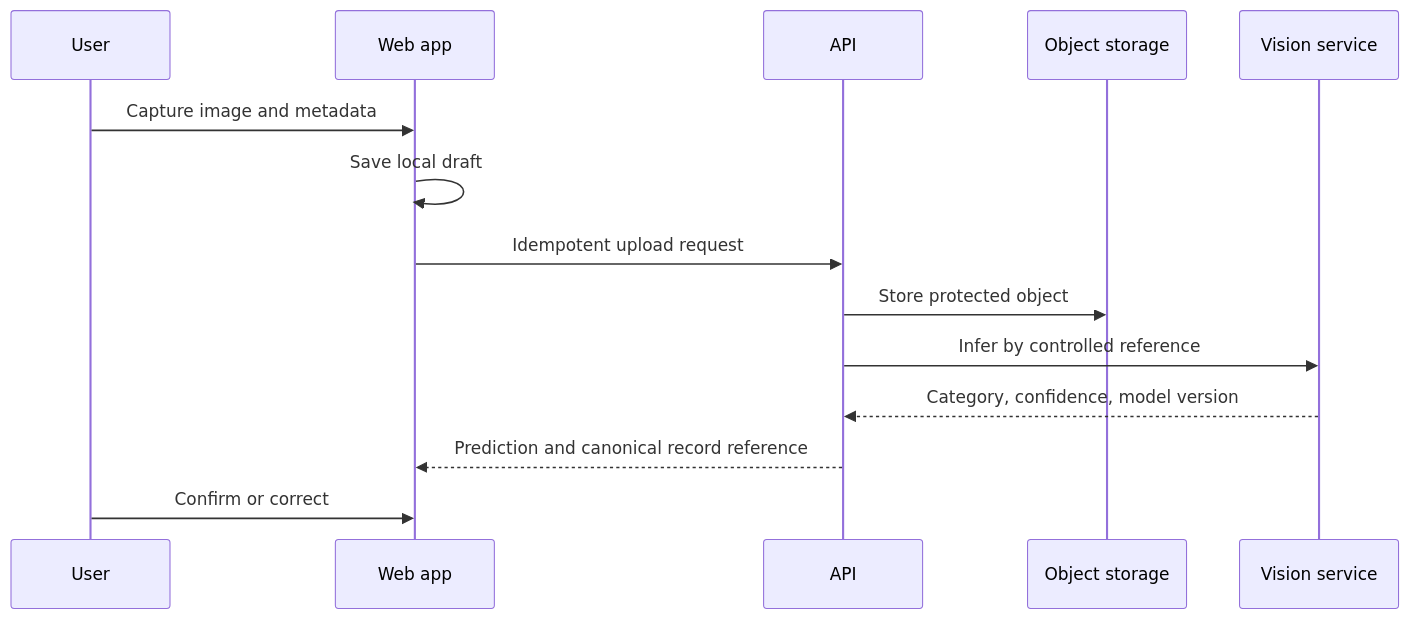
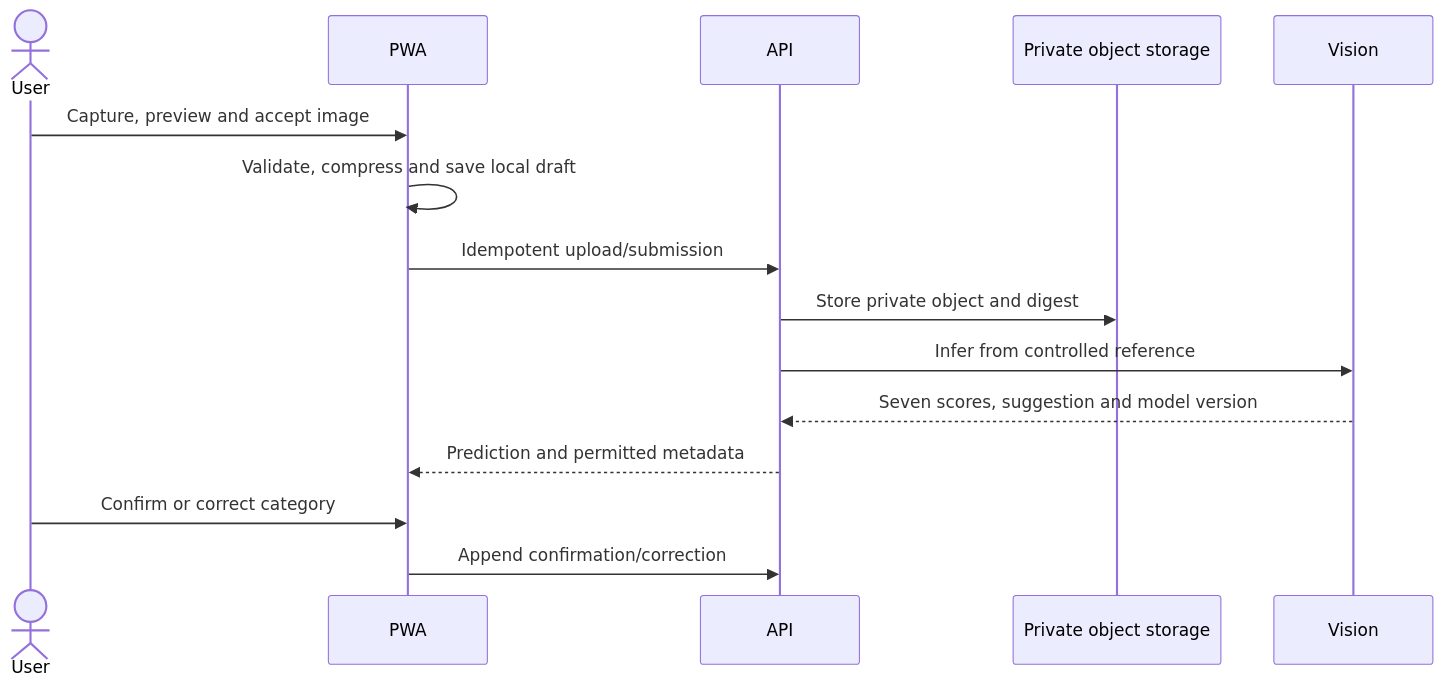
The diagram in docs/architecture/data-flow.md (Abdul-Gafur/scraptrace_giz-ewaste), drawn with Mermaid before and after one commit. The commit also changed other lines of this file and 37 other files, not shown here.

````diff
--- a/docs/architecture/data-flow.md
+++ b/docs/architecture/data-flow.md
@@ -14,16 +13,17 @@
 ```mermaid
 sequenceDiagram
-    participant U as User
-    participant W as Web app
-    participant A as API
-    participant O as Object storage
-    participant V as Vision service
-    U->>W: Capture image and metadata
-    W->>W: Save local draft
-    W->>A: Idempotent upload request
-    A->>O: Store protected object
-    A->>V: Infer by controlled reference
-    V-->>A: Category, confidence, model version
-    A-->>W: Prediction and canonical record reference
-    U->>W: Confirm or correct
+    actor User
+    participant PWA
+    participant API
+    participant Store as Private object storage
+    participant Vision
+    User->>PWA: Capture, preview and accept image
+    PWA->>PWA: Validate, compress and save local draft
+    PWA->>API: Idempotent upload/submission
+    API->>Store: Store private object and digest
+    API->>Vision: Infer from controlled reference
+    Vision-->>API: Seven scores, suggestion and model version
+    API-->>PWA: Prediction and permitted metadata
+    User->>PWA: Confirm or correct category
+    PWA->>API: Append confirmation/correction
 ```
````
